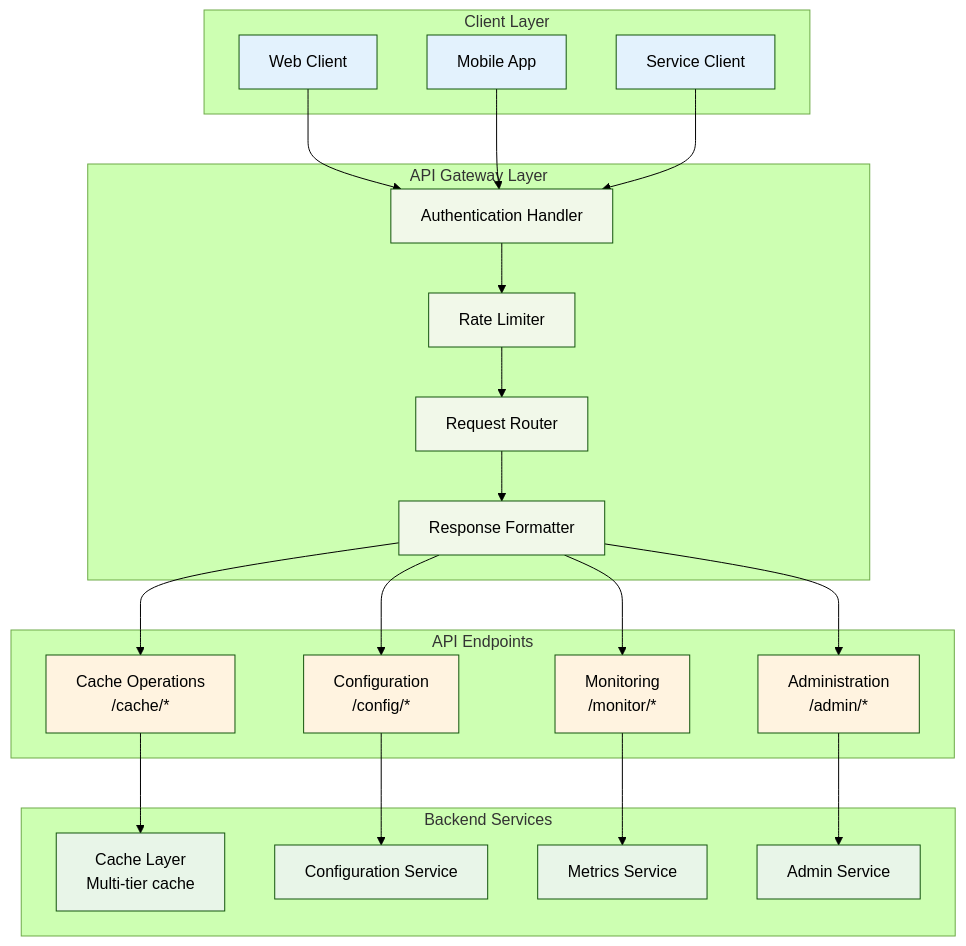
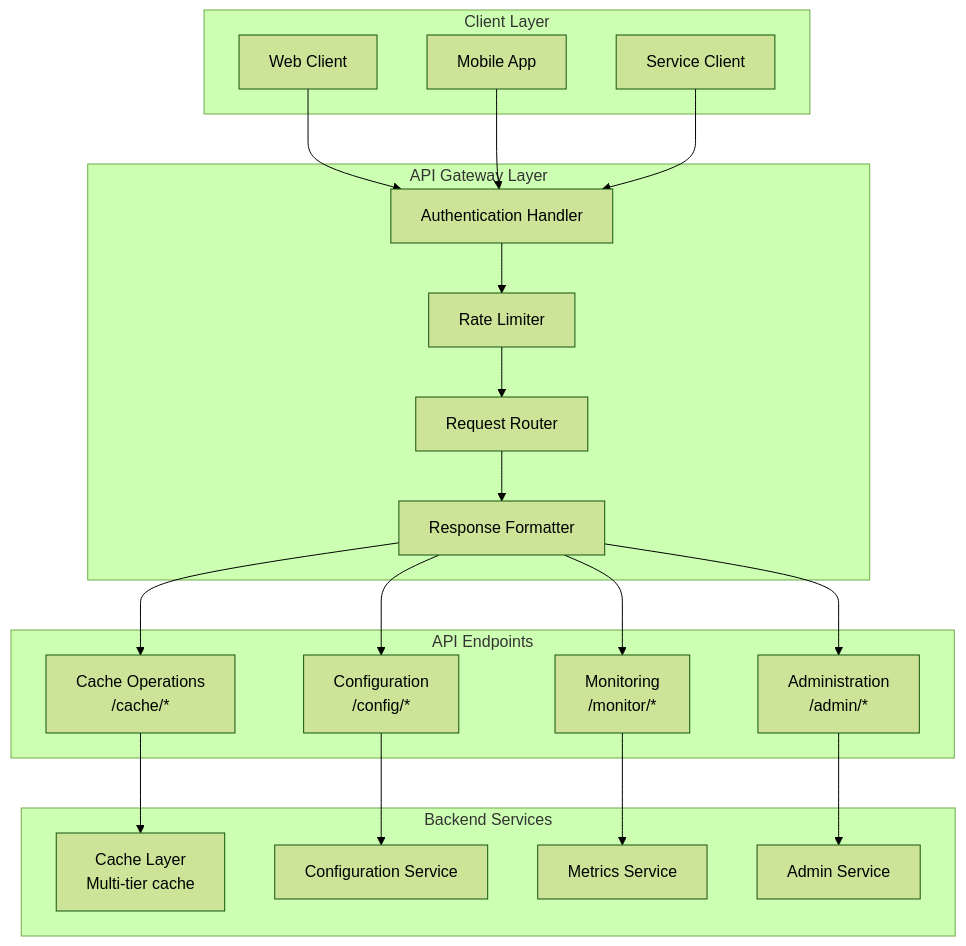
Before and after one commit to Ritahchanger/system_design: the first of 7 diagrams in caching/docs/api.md, drawn with Mermaid (forest theme). The commit also changed 29 other files, not shown here.

Commit message:
Updated infrastructure architecture, CI/CD, containerization, monitoring, networking, and security documentation

````diff
--- a/caching/docs/api.md
+++ b/caching/docs/api.md
@@ -27,57 +27,54 @@
 ```mermaid
 graph TB
     subgraph "Client Layer"
         WebClient[Web Client]
         MobileApp[Mobile App]
         ServiceClient[Service Client]
     end
     
     subgraph "API Gateway Layer"
         AuthHandler[Authentication Handler]
         RateLimiter[Rate Limiter]  
         RequestRouter[Request Router]
         ResponseFormatter[Response Formatter]
     end
     
     subgraph "API Endpoints"
         CacheOps[Cache Operations<br/>/cache/*]
         ConfigOps[Configuration<br/>/config/*]
         MonitorOps[Monitoring<br/>/monitor/*]
         AdminOps[Administration<br/>/admin/*]
     end
     
     subgraph "Backend Services"
         CacheLayer[Cache Layer<br/>Multi-tier cache]
         ConfigService[Configuration Service]
         MetricsService[Metrics Service]
         AdminService[Admin Service]
     end
     
     WebClient --> AuthHandler
     MobileApp --> AuthHandler
     ServiceClient --> AuthHandler
     
     AuthHandler --> RateLimiter
     RateLimiter --> RequestRouter
     RequestRouter --> ResponseFormatter
     
     ResponseFormatter --> CacheOps
     ResponseFormatter --> ConfigOps
     ResponseFormatter --> MonitorOps
     ResponseFormatter --> AdminOps
     
     CacheOps --> CacheLayer
     ConfigOps --> ConfigService
     MonitorOps --> MetricsService
     AdminOps --> AdminService
     
-    classDef client fill:#e3f2fd
-    classDef gateway fill:#f1f8e9
-    classDef endpoint fill:#fff3e0
-    classDef backend fill:#e8f5e8
+ 
     
     class WebClient,MobileApp,ServiceClient client
     class AuthHandler,RateLimiter,RequestRouter,ResponseFormatter gateway
     class CacheOps,ConfigOps,MonitorOps,AdminOps endpoint
     class CacheLayer,ConfigService,MetricsService,AdminService backend
 ```
````
